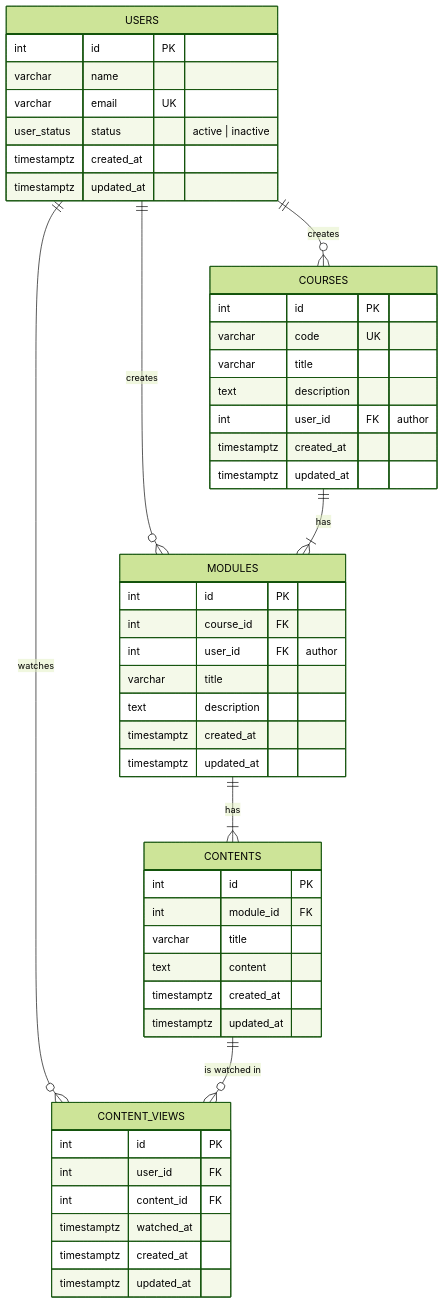
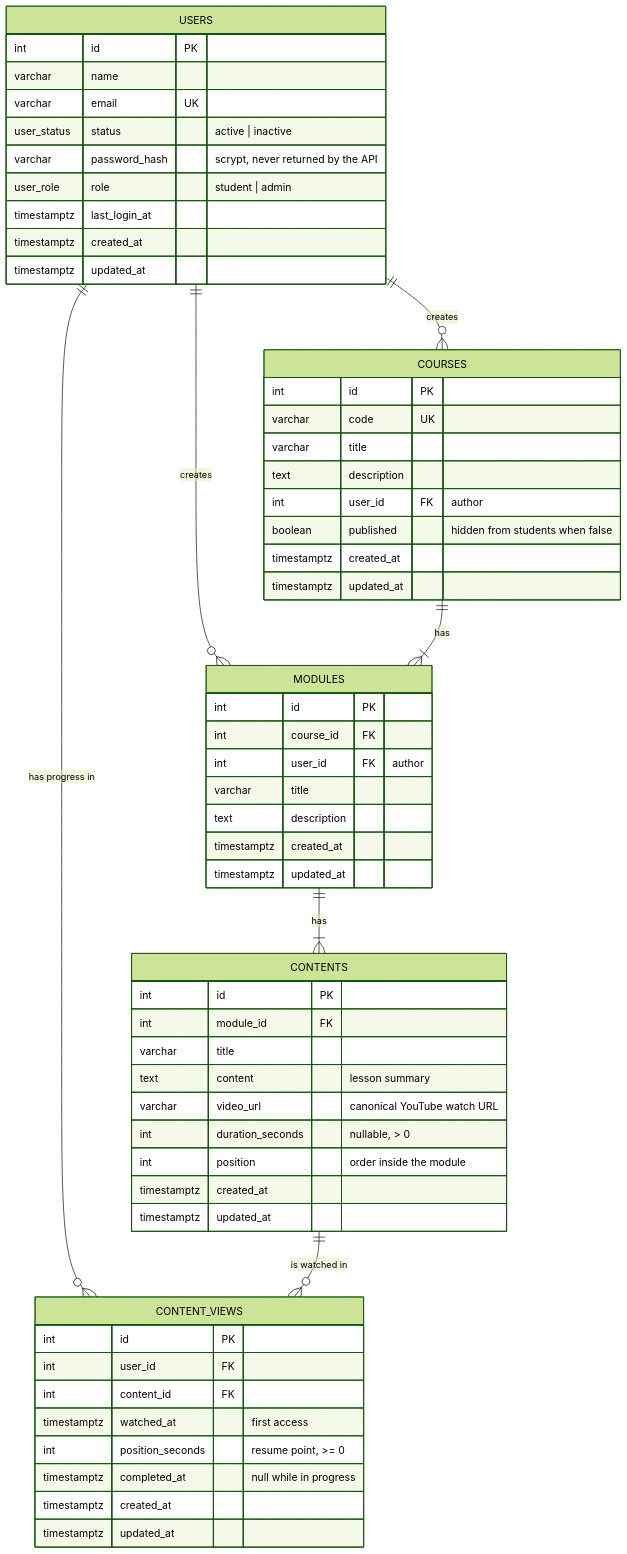
One commit to leohamil31/SYNC-TECH changed the diagram in docs/DER.md. Above: the diagram before and after it, drawn with Mermaid (forest theme). The commit also changed other lines of this file and 150 other files, not shown here.

````diff
--- a/docs/DER.md
+++ b/docs/DER.md
@@ -3,52 +3,61 @@
 ```mermaid
 erDiagram
     USERS ||--o{ COURSES : "creates"
     USERS ||--o{ MODULES : "creates"
     COURSES ||--|{ MODULES : "has"
     MODULES ||--|{ CONTENTS : "has"
-    USERS ||--o{ CONTENT_VIEWS : "watches"
+    USERS ||--o{ CONTENT_VIEWS : "has progress in"
     CONTENTS ||--o{ CONTENT_VIEWS : "is watched in"
 
     USERS {
         int id PK
         varchar name
         varchar email UK
         user_status status "active | inactive"
+        varchar password_hash "scrypt, never returned by the API"
+        user_role role "student | admin"
+        timestamptz last_login_at
         timestamptz created_at
         timestamptz updated_at
     }
     COURSES {
         int id PK
         varchar code UK
         varchar title
         text description
         int user_id FK "author"
+        boolean published "hidden from students when false"
         timestamptz created_at
         timestamptz updated_at
     }
     MODULES {
         int id PK
         int course_id FK
         int user_id FK "author"
         varchar title
         text description
         timestamptz created_at
         timestamptz updated_at
     }
     CONTENTS {
         int id PK
         int module_id FK
         varchar title
-        text content
+        text content "lesson summary"
+        varchar video_url "canonical YouTube watch URL"
+        int duration_seconds "nullable, > 0"
+        int position "order inside the module"
         timestamptz created_at
         timestamptz updated_at
     }
     CONTENT_VIEWS {
         int id PK
         int user_id FK
         int content_id FK
-        timestamptz watched_at
+        timestamptz watched_at "first access"
+        int position_seconds "resume point, >= 0"
+        timestamptz completed_at "null while in progress"
         timestamptz created_at
         timestamptz updated_at
     }
 ```
````
